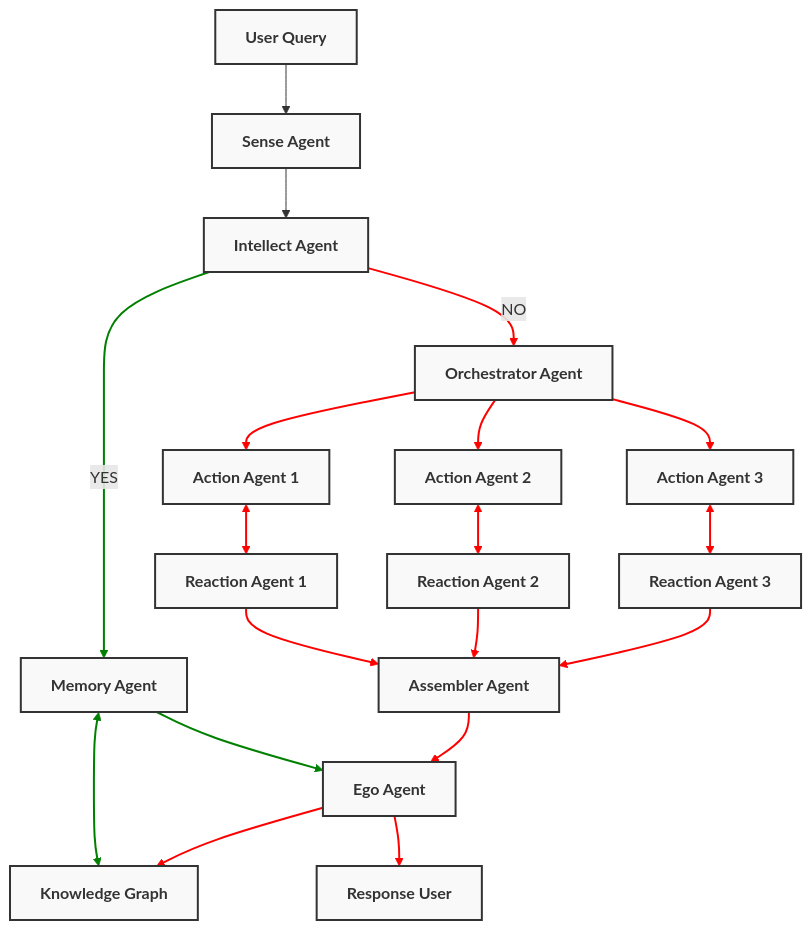
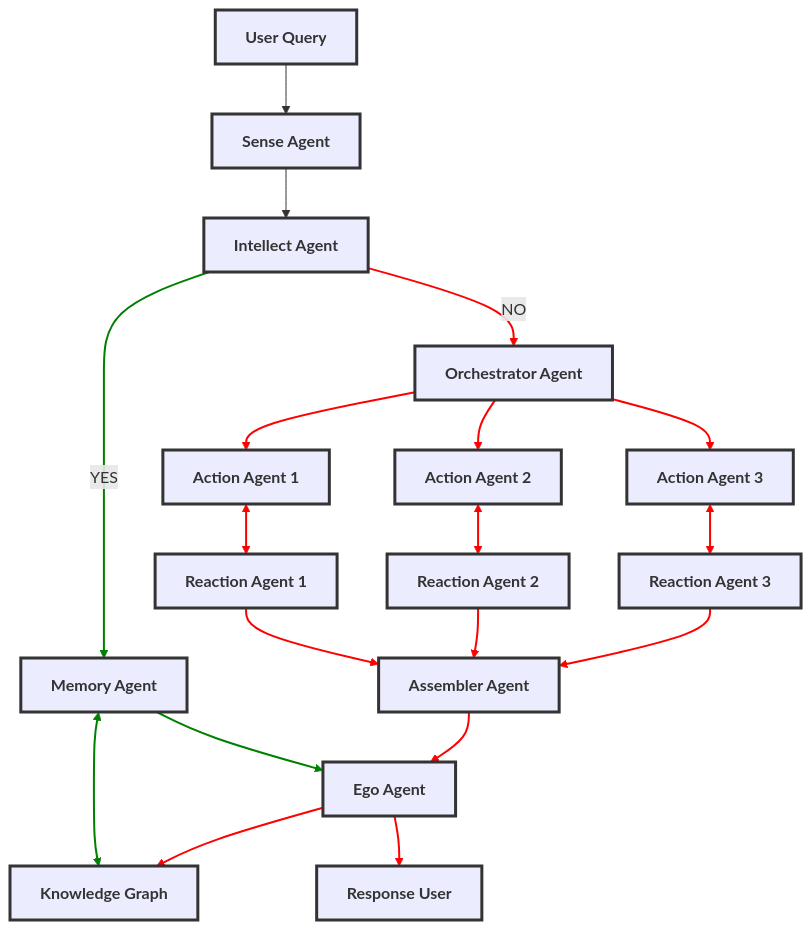
One commit to Mindverse-Computing/algoverse changed the diagram in README.md. Above: the diagram before and after it, drawn with Mermaid.

````diff
--- a/README.md
+++ b/README.md
@@ -78,42 +78,42 @@
 ```mermaid
 graph TD
   A[User Query]:::big --> S[Sense Agent]:::big
   S --> I[Intellect Agent]:::big
   I -- YES --> M[Memory Agent]:::big
   M <--> G[Knowledge Graph]:::big
   M --> E[Ego Agent]:::big
   I -- NO --> O[Orchestrator Agent]:::big
   O --> A1[Action Agent 1]:::big
   O --> A2[Action Agent 2]:::big
   O --> A3[Action Agent 3]:::big
   A1 <--> R1[Reaction Agent 1]:::big
   A2 <--> R2[Reaction Agent 2]:::big
   A3 <--> R3[Reaction Agent 3]:::big
   R1 --> AA[Assembler Agent]:::big
   R2 --> AA
   R3 --> AA
   AA --> E
   E --> G
   E --> U[Response User]:::big
 
 
   linkStyle 2 stroke:green,stroke-width:2px      
   linkStyle 3 stroke:green,stroke-width:2px      
   linkStyle 4 stroke:green,stroke-width:2px      
 
   linkStyle 5 stroke:red,stroke-width:2px       
   linkStyle 6 stroke:red,stroke-width:2px        
   linkStyle 7 stroke:red,stroke-width:2px        
   linkStyle 8 stroke:red,stroke-width:2px        
   linkStyle 9 stroke:red,stroke-width:2px        
   linkStyle 10 stroke:red,stroke-width:2px       
   linkStyle 11 stroke:red,stroke-width:2px       
   linkStyle 12 stroke:red,stroke-width:2px       
   linkStyle 13 stroke:red,stroke-width:2px       
   linkStyle 14 stroke:red,stroke-width:2px       
   linkStyle 15 stroke:red,stroke-width:2px       
   linkStyle 16 stroke:red,stroke-width:2px       
   linkStyle 17 stroke:red,stroke-width:2px       
 
-  classDef big fill:#f9f9f9,stroke:#333,stroke-width:2px,font-size:16px,font-weight:bold;       
+  classDef big stroke:#333,stroke-width:3px,font-size:16px,font-weight:bold;       
 ```
````
